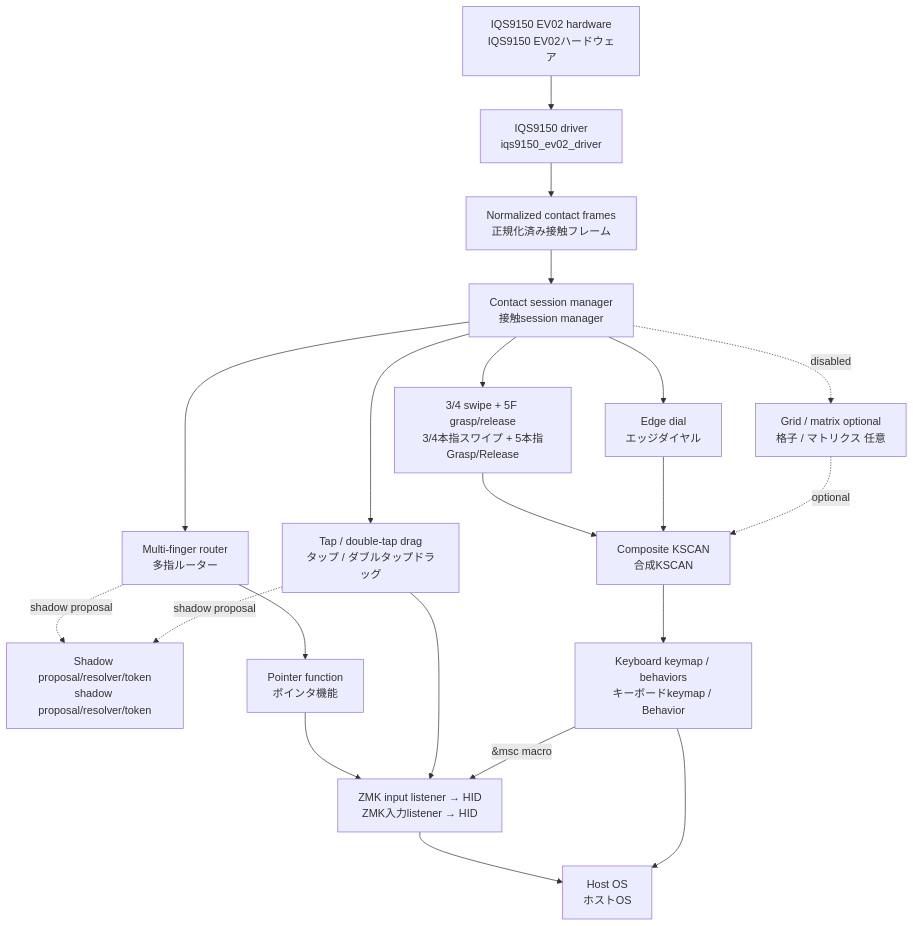
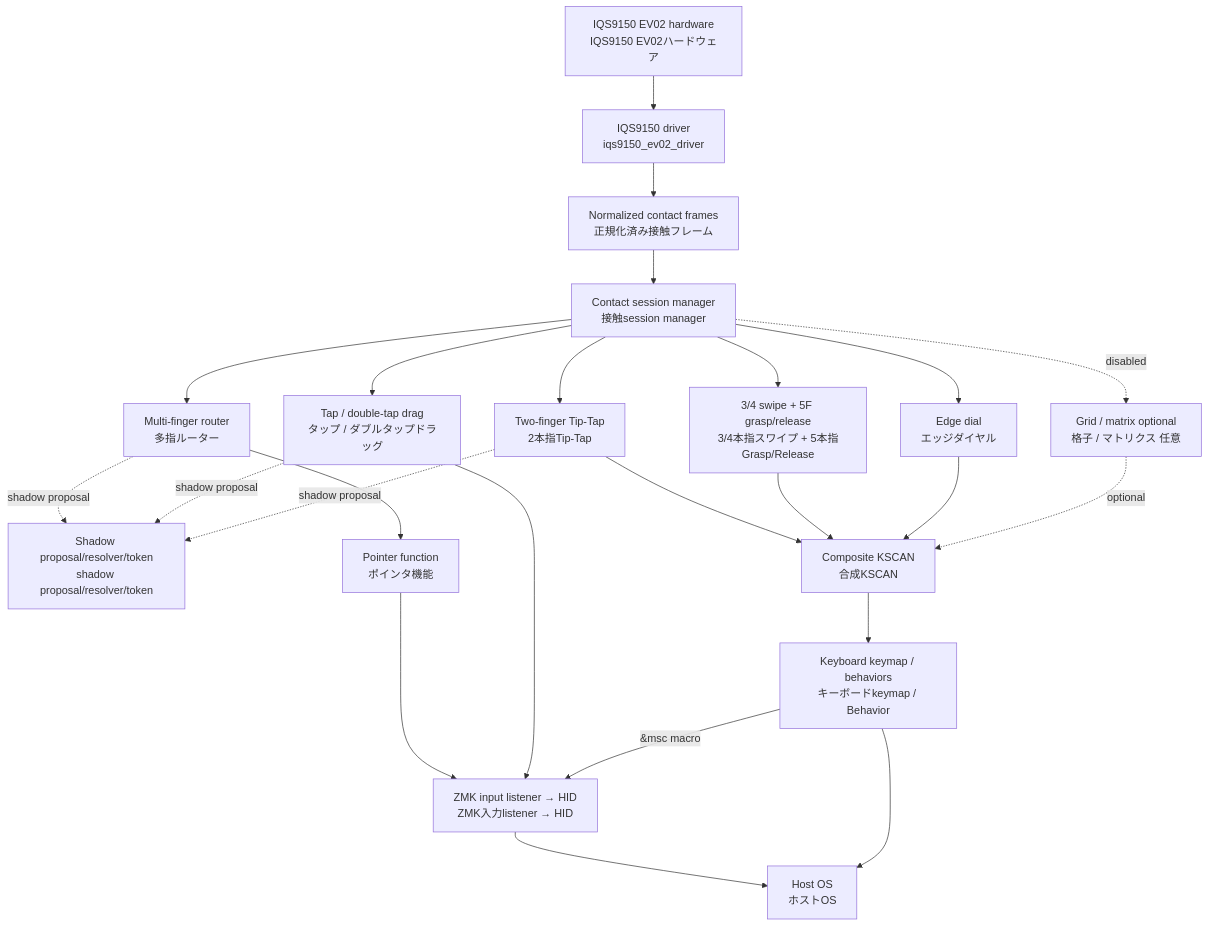
Before and after one commit to taichan1113/zmk-config-travelers_pad: the diagram in docs/architecture-and-tuning.md, drawn with Mermaid. The commit also changed other lines of this file and 2 other files, not shown here.

Commit message:
feat: shadow tip tap arbitration

````diff
--- a/docs/architecture-and-tuning.md
+++ b/docs/architecture-and-tuning.md
@@ -13,33 +13,37 @@
 ```mermaid
 flowchart TD
     HW[IQS9150 EV02 hardware<br/>IQS9150 EV02ハードウェア]
     DRV[IQS9150 driver<br/>iqs9150_ev02_driver]
     RAW[Normalized contact frames<br/>正規化済み接触フレーム]
     SESSION[Contact session manager<br/>接触session manager]
     SHADOW[Shadow proposal/resolver/token<br/>shadow proposal/resolver/token]
     ROUTER[Multi-finger router<br/>多指ルーター]
     PTR[Pointer function<br/>ポインタ機能]
     TAP[Tap / double-tap drag<br/>タップ / ダブルタップドラッグ]
+    TIP[Two-finger Tip-Tap<br/>2本指Tip-Tap]
     MF[3/4 swipe + 5F grasp/release<br/>3/4本指スワイプ + 5本指Grasp/Release]
     EDGE[Edge dial<br/>エッジダイヤル]
     GRID[Grid / matrix optional<br/>格子 / マトリクス 任意]
     HID[ZMK input listener → HID<br/>ZMK入力listener → HID]
     COMP[Composite KSCAN<br/>合成KSCAN]
     KEYMAP[Keyboard keymap / behaviors<br/>キーボードkeymap / Behavior]
     HOST[Host OS<br/>ホストOS]
 
     HW --> DRV --> RAW --> SESSION
     SESSION --> ROUTER
     SESSION --> TAP
+    SESSION --> TIP
     SESSION --> MF
     SESSION --> EDGE
     SESSION -. disabled .-> GRID
     ROUTER -. shadow proposal .-> SHADOW
     TAP -. shadow proposal .-> SHADOW
+    TIP -. shadow proposal .-> SHADOW
     ROUTER --> PTR --> HID --> HOST
     TAP --> HID
+    TIP --> COMP
     MF --> COMP --> KEYMAP --> HOST
     EDGE --> COMP
     GRID -. optional .-> COMP
     KEYMAP -->|&msc macro| HID
 ```
````
